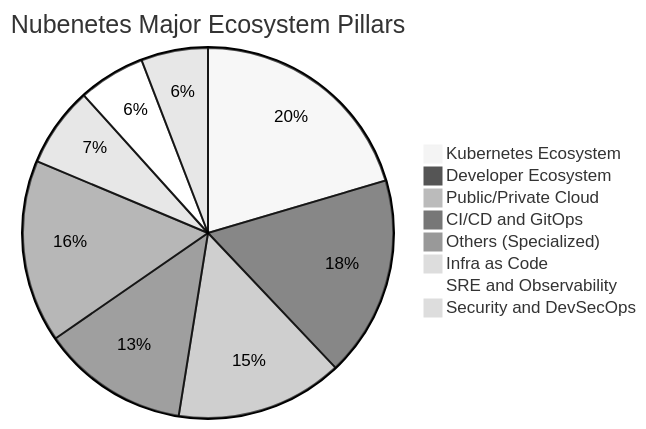
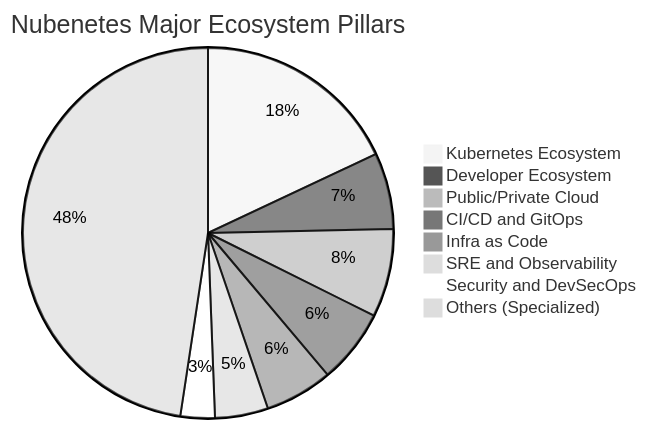
The first of 9 diagrams in README.md (nubenetes/awesome-kubernetes), drawn with Mermaid (neutral theme) before and after one commit. The commit also changed other lines of this file, not shown here.

````diff
--- a/README.md
+++ b/README.md
@@ -154,11 +154,11 @@
 ```mermaid
 pie title Nubenetes Major Ecosystem Pillars
-    "Kubernetes Ecosystem" : 3500
-    "Developer Ecosystem" : 3000
-    "Public/Private Cloud" : 2500
-    "CI/CD and GitOps" : 2200
-    "Others (Specialized)" : 2733
-    "Infra as Code" : 1200
-    "SRE and Observability" : 1000
-    "Security and DevSecOps" : 1000
+    "Kubernetes Ecosystem" : 3034
+    "Developer Ecosystem" : 1121
+    "Public/Private Cloud" : 1298
+    "CI/CD and GitOps" : 1094
+    "Infra as Code" : 997
+    "SRE and Observability" : 781
+    "Security and DevSecOps" : 505
+    "Others (Specialized)" : 8023
 ```
````
